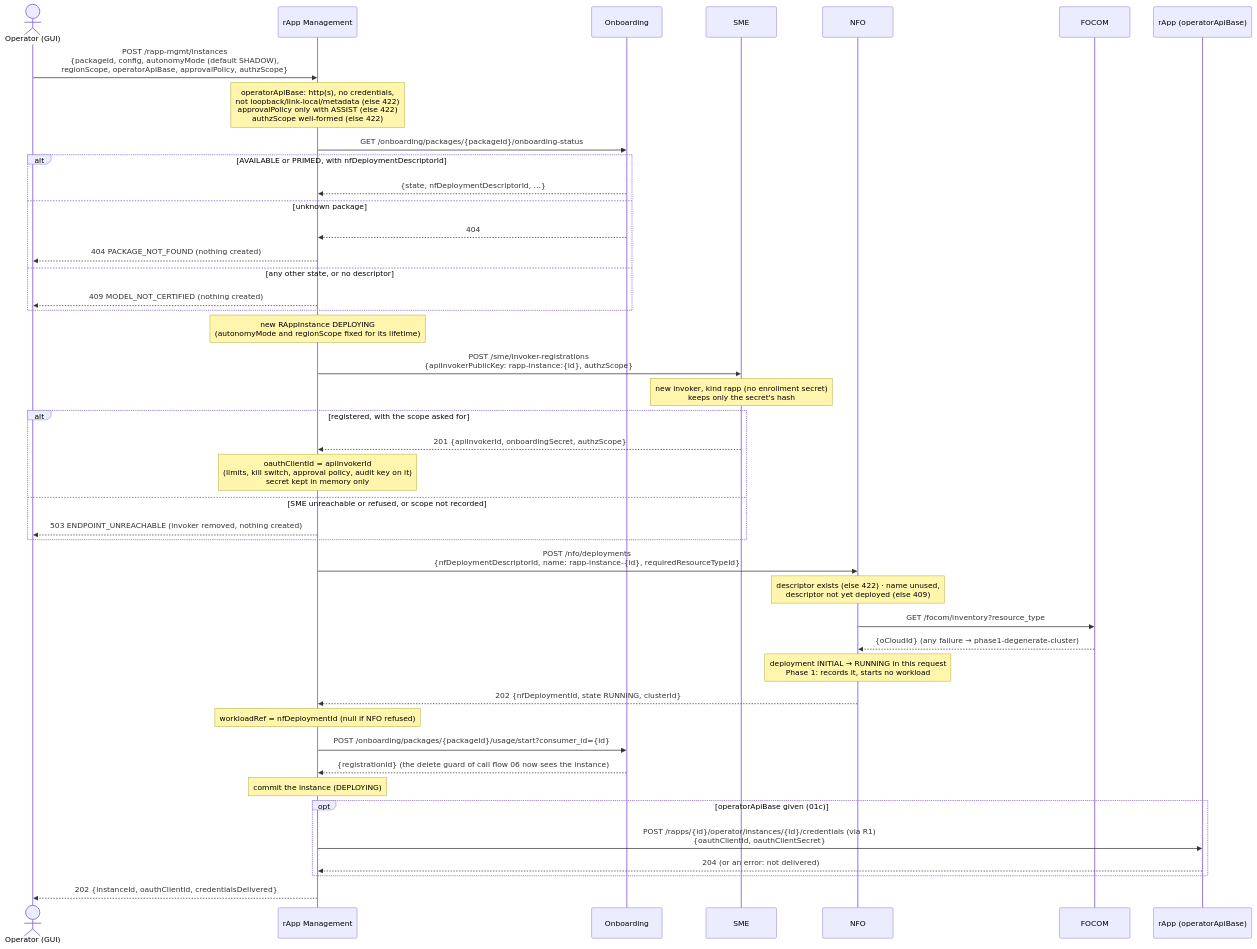
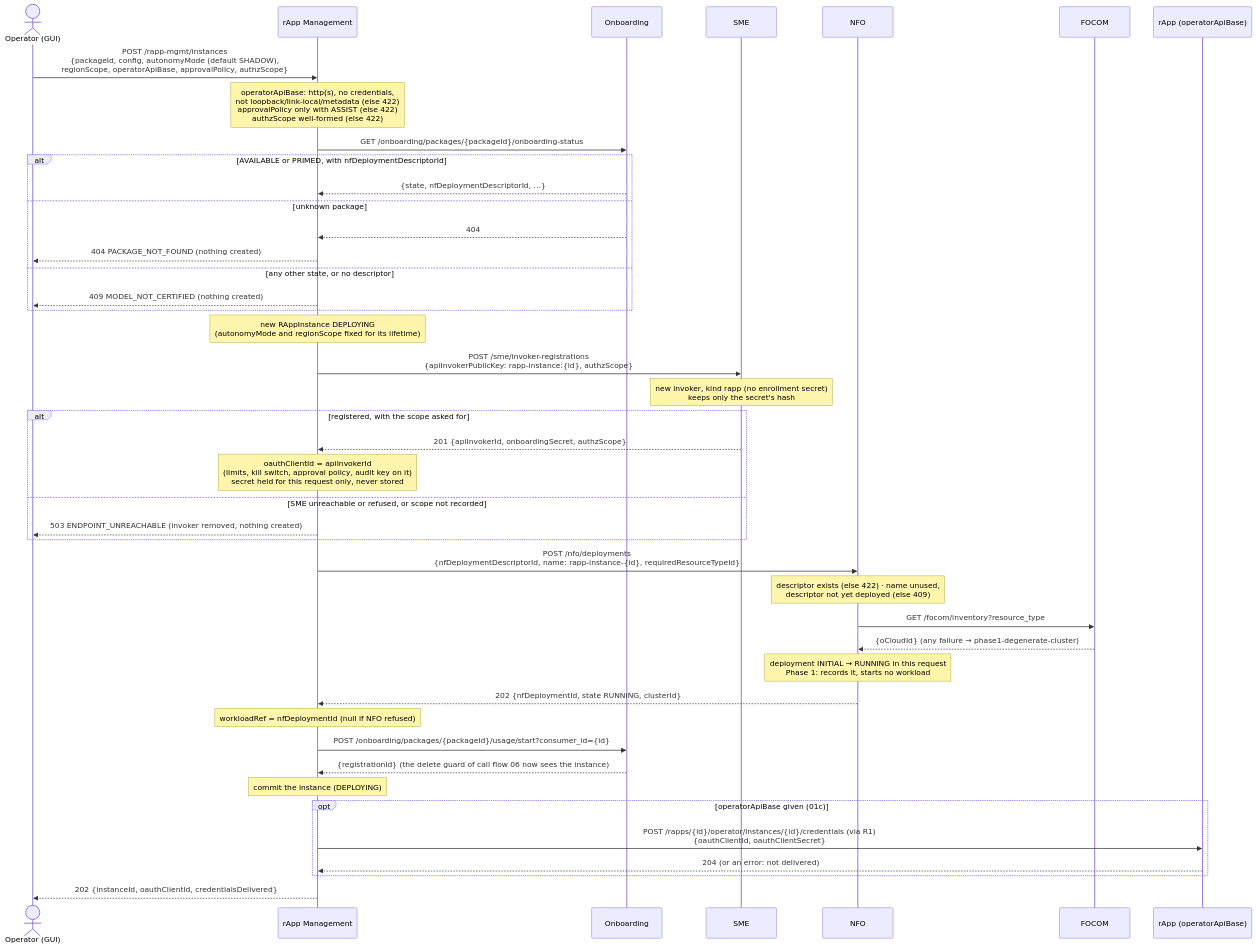
The second of 5 diagrams in smo/docs/call-flows/01-rapp-onboarding-to-deployment.md (rsys-bshankar/ai-ran-smo), drawn with Mermaid before and after one commit. The commit also changed other lines of this file and 23 other files, not shown here.

First line of the commit message:
Flow 01: keep instance credentials in the shared identity table; guard entries

````diff
--- a/smo/docs/call-flows/01-rapp-onboarding-to-deployment.md
+++ b/smo/docs/call-flows/01-rapp-onboarding-to-deployment.md
@@ -61,46 +61,46 @@
 ```mermaid
 sequenceDiagram
     actor Op as Operator (GUI)
     participant RM as rApp Management
     participant Onb as Onboarding
     participant SME as SME
     participant NFO as NFO
     participant FOCOM as FOCOM
     participant App as rApp (operatorApiBase)
 
     Op->>RM: POST /rapp-mgmt/instances<br/>{packageId, config, autonomyMode (default SHADOW),<br/>regionScope, operatorApiBase, approvalPolicy, authzScope}
     Note over RM: operatorApiBase: http(s), no credentials,<br/>not loopback/link-local/metadata (else 422)<br/>approvalPolicy only with ASSIST (else 422)<br/>authzScope well-formed (else 422)
     RM->>Onb: GET /onboarding/packages/{packageId}/onboarding-status
     alt AVAILABLE or PRIMED, with nfDeploymentDescriptorId
         Onb-->>RM: {state, nfDeploymentDescriptorId, …}
     else unknown package
         Onb-->>RM: 404
         RM-->>Op: 404 PACKAGE_NOT_FOUND (nothing created)
     else any other state, or no descriptor
         RM-->>Op: 409 MODEL_NOT_CERTIFIED (nothing created)
     end
     Note over RM: new RAppInstance DEPLOYING<br/>(autonomyMode and regionScope fixed for its lifetime)
     RM->>SME: POST /sme/invoker-registrations<br/>{apiInvokerPublicKey: rapp-instance:{id}, authzScope}
     Note over SME: new invoker, kind rapp (no enrollment secret)<br/>keeps only the secret's hash
     alt registered, with the scope asked for
         SME-->>RM: 201 {apiInvokerId, onboardingSecret, authzScope}
-        Note over RM: oauthClientId = apiInvokerId<br/>(limits, kill switch, approval policy, audit key on it)<br/>secret kept in memory only
+        Note over RM: oauthClientId = apiInvokerId<br/>(limits, kill switch, approval policy, audit key on it)<br/>secret held for this request only, never stored
     else SME unreachable or refused, or scope not recorded
         RM-->>Op: 503 ENDPOINT_UNREACHABLE (invoker removed, nothing created)
     end
     RM->>NFO: POST /nfo/deployments<br/>{nfDeploymentDescriptorId, name: rapp-instance-{id}, requiredResourceTypeId}
     Note over NFO: descriptor exists (else 422) · name unused,<br/>descriptor not yet deployed (else 409)
     NFO->>FOCOM: GET /focom/inventory?resource_type
     FOCOM-->>NFO: {oCloudId} (any failure → phase1-degenerate-cluster)
     Note over NFO: deployment INITIAL → RUNNING in this request<br/>Phase 1: records it, starts no workload
     NFO-->>RM: 202 {nfDeploymentId, state RUNNING, clusterId}
     Note over RM: workloadRef = nfDeploymentId (null if NFO refused)
     RM->>Onb: POST /onboarding/packages/{packageId}/usage/start?consumer_id={id}
     Onb-->>RM: {registrationId} (the delete guard of call flow 06 now sees the instance)
     Note over RM: commit the instance (DEPLOYING)
     opt operatorApiBase given (01c)
         RM->>App: POST /rapps/{id}/operator/instances/{id}/credentials (via R1)<br/>{oauthClientId, oauthClientSecret}
         App-->>RM: 204 (or an error: not delivered)
     end
     RM-->>Op: 202 {instanceId, oauthClientId, credentialsDelivered}
 ```
````
